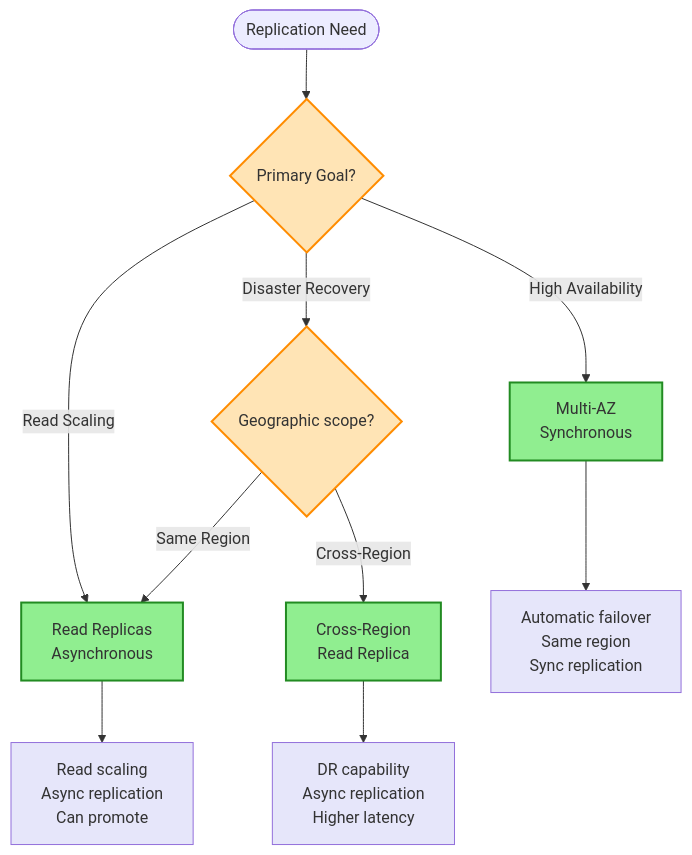
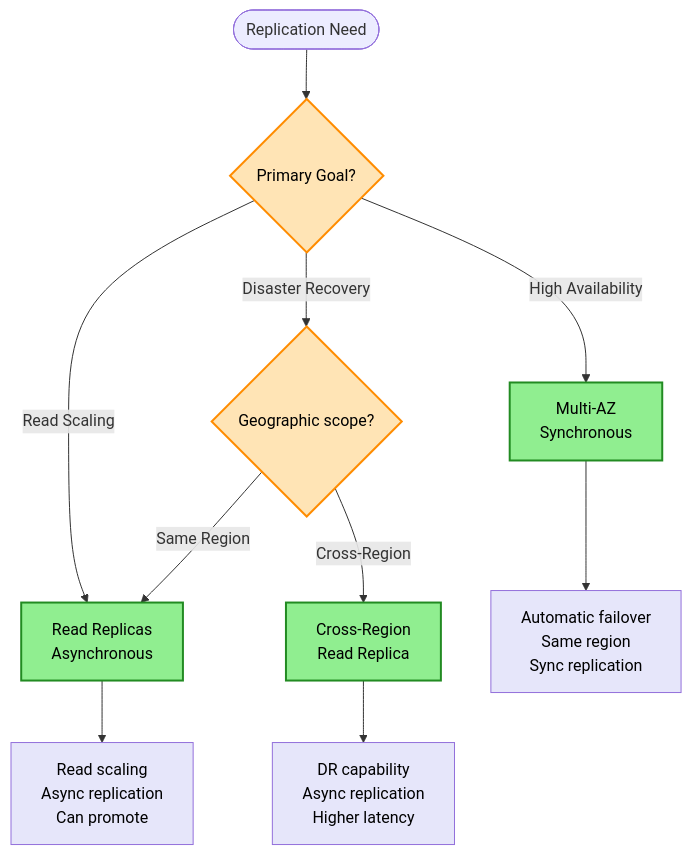
The second of 3 diagrams in aws-architecture-decisions/diagrams/database-decisions.md (intelliswarm-ai/aws-architectures), drawn with Mermaid before and after one commit. The commit also changed other lines of this file and 13 other files, not shown here.

````diff
--- a/aws-architecture-decisions/diagrams/database-decisions.md
+++ b/aws-architecture-decisions/diagrams/database-decisions.md
@@ -38,24 +38,24 @@
 ```mermaid
 flowchart TD
     Start([Replication Need]) --> Q1{Primary Goal?}
 
     Q1 -->|High Availability| MULTI_AZ[Multi-AZ<br/>Synchronous]
     Q1 -->|Read Scaling| READ_REPLICA[Read Replicas<br/>Asynchronous]
     Q1 -->|Disaster Recovery| Q2{Geographic scope?}
 
     Q2 -->|Same Region| READ_REPLICA
     Q2 -->|Cross-Region| CROSS_REGION[Cross-Region<br/>Read Replica]
 
     MULTI_AZ --> DESC1[Automatic failover<br/>Same region<br/>Sync replication]
     READ_REPLICA --> DESC2[Read scaling<br/>Async replication<br/>Can promote]
     CROSS_REGION --> DESC3[DR capability<br/>Async replication<br/>Higher latency]
 
     %% Styling
-    classDef service fill:#90EE90,stroke:#228B22,stroke-width:2px
-    classDef desc fill:#E6E6FA,stroke:#9370DB,stroke-width:1px
-    classDef question fill:#FFE4B5,stroke:#FF8C00,stroke-width:2px
+    classDef service fill:#90EE90,stroke:#228B22,stroke-width:2px,color:#000000
+    classDef desc fill:#E6E6FA,stroke:#9370DB,stroke-width:1px,color:#000000
+    classDef question fill:#FFE4B5,stroke:#FF8C00,stroke-width:2px,color:#000000
 
     class Q1,Q2 question
     class MULTI_AZ,READ_REPLICA,CROSS_REGION service
     class DESC1,DESC2,DESC3 desc
 ```
````
